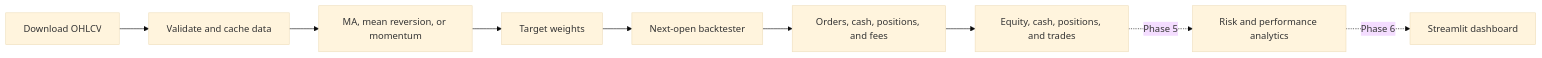
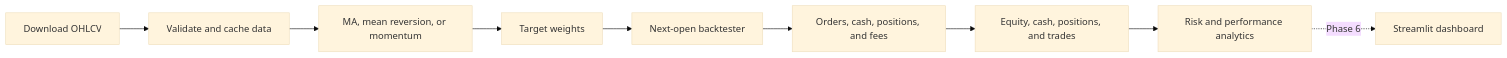
One commit to samanyuahuja/SamQuant changed the diagram in README.md. Above: the diagram before and after it, drawn with Mermaid (base theme). The commit also changed other lines of this file and 4 other files, not shown here.

Commit message:
Implement Phase 5 performance analytics

````diff
--- a/README.md
+++ b/README.md
@@ -139,11 +139,11 @@
 ```mermaid
 flowchart LR
     A[Download OHLCV] --> B[Validate and cache data]
     B --> C[MA, mean reversion, or momentum]
     C --> D[Target weights]
     D --> E[Next-open backtester]
     E --> F[Orders, cash, positions, and fees]
     F --> G[Equity, cash, positions, and trades]
-    G -. Phase 5 .-> H[Risk and performance analytics]
+    G --> H[Risk and performance analytics]
     H -. Phase 6 .-> I[Streamlit dashboard]
 ```
````
